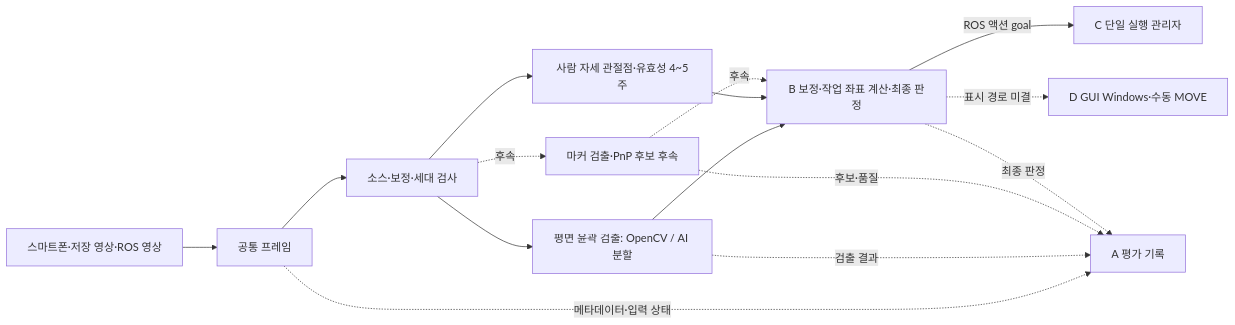
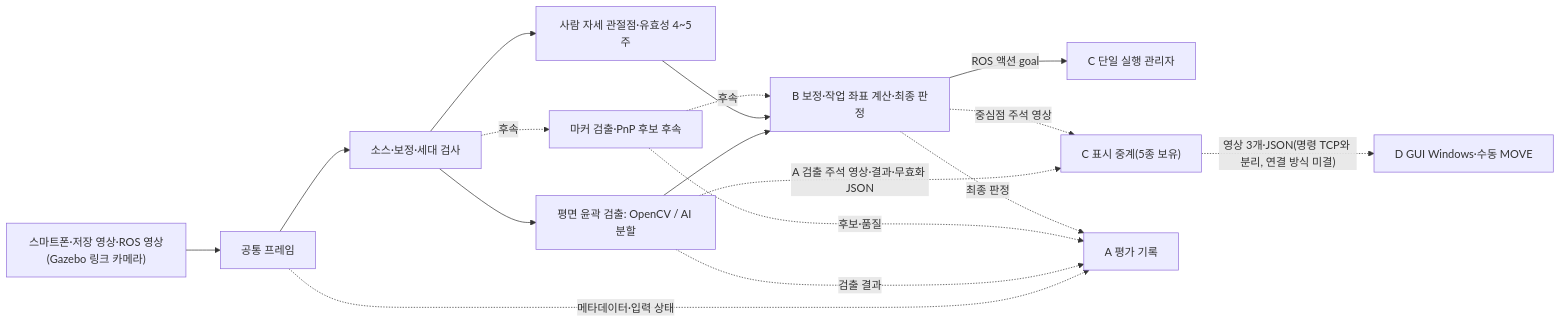
The diagram in docs/design/A담당_비전_상세설계.md (didgustmd23/EyetoArm), drawn with Mermaid before and after one commit. The commit also changed other lines of this file and 9 other files, not shown here.

````diff
--- a/docs/design/A담당_비전_상세설계.md
+++ b/docs/design/A담당_비전_상세설계.md
@@ -66,17 +71,19 @@
 ```mermaid
 flowchart LR
-    Sources[스마트폰·저장 영상·ROS 영상] --> Input[공통 프레임]
+    Sources["스마트폰·저장 영상·ROS 영상(Gazebo 링크 카메라)"] --> Input[공통 프레임]
     Input --> Check[소스·보정·세대 검사]
     Check --> Planar[평면 윤곽 검출: OpenCV / AI 분할]
     Check --> Pose[사람 자세 관절점·유효성 4~5주]
     Check -. 후속 .-> Marker[마커 검출·PnP 후보 후속]
     Planar --> B[B 보정·작업 좌표 계산·최종 판정]
     Pose --> B
     Marker -. 후속 .-> B
     B -->|ROS 액션 goal| Cx[C 단일 실행 관리자]
-    B -. 표시 경로 미결 .-> D[D GUI Windows·수동 MOVE]
+    Planar -. A 검출 주석 영상·결과·무효화 JSON .-> Cd["C 표시 중계(5종 보유)"]
+    B -. 중심점 주석 영상 .-> Cd
+    Cd -. "영상 3개·JSON(명령 TCP와 분리, 연결 방식 미결)" .-> D[D GUI Windows·수동 MOVE]
     Input -. 메타데이터·입력 상태 .-> Log[A 평가 기록]
     Planar -. 검출 결과 .-> Log
     Marker -. 후보·품질 .-> Log
     B -. 최종 판정 .-> Log
 ```
````
